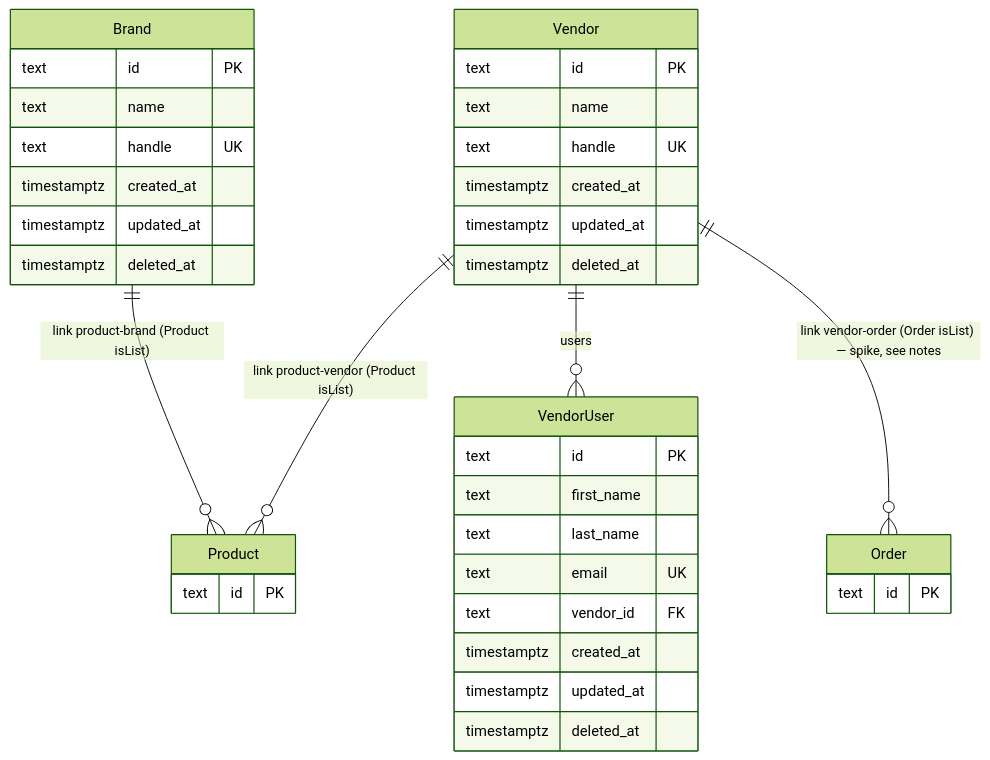
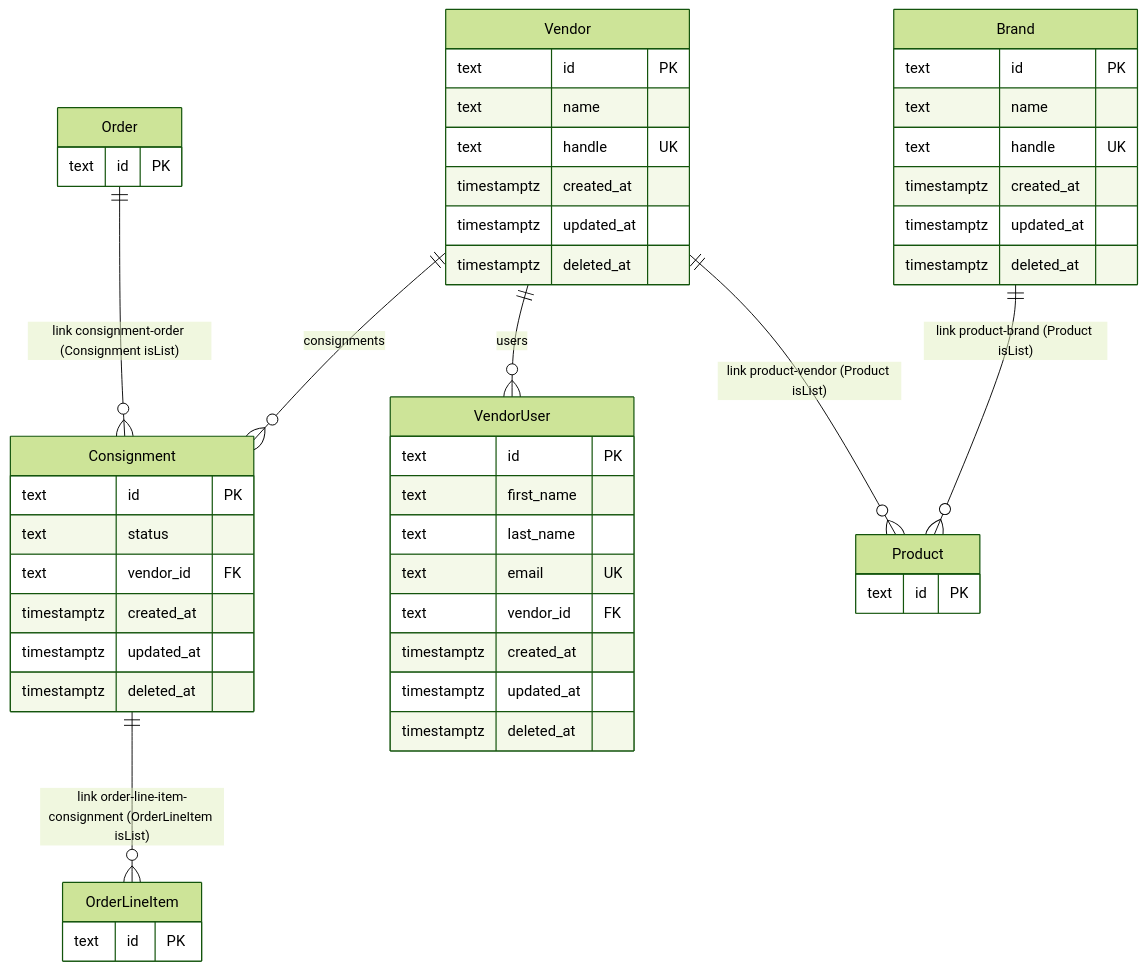
Before and after one commit to yago-flockr/medusa-poc: the diagram in apps/backend/docs/ER_MODEL.md, drawn with Mermaid (forest theme). The commit also changed other lines of this file and 48 other files, not shown here.

First line of the commit message:
feat: implement multi-vendor shipping profiles and consignment workflows

````diff
--- a/apps/backend/docs/ER_MODEL.md
+++ b/apps/backend/docs/ER_MODEL.md
@@ -20,45 +20,60 @@
 ```mermaid
 erDiagram
   Brand {
     text id PK
     text name
     text handle UK
     timestamptz created_at
     timestamptz updated_at
     timestamptz deleted_at
   }
 
   Vendor {
     text id PK
     text name
     text handle UK
     timestamptz created_at
     timestamptz updated_at
     timestamptz deleted_at
   }
 
   VendorUser {
     text id PK
     text first_name
     text last_name
     text email UK
     text vendor_id FK
     timestamptz created_at
     timestamptz updated_at
     timestamptz deleted_at
   }
 
-  %% Medusa Product / Order (core) — linked, not owned here
+  Consignment {
+    text id PK
+    text status
+    text vendor_id FK
+    timestamptz created_at
+    timestamptz updated_at
+    timestamptz deleted_at
+  }
+
+  %% Medusa Product / Order / OrderLineItem (core) — linked, not owned here
   Product {
     text id PK
   }
 
   Order {
     text id PK
   }
 
+  OrderLineItem {
+    text id PK
+  }
+
   Brand ||--o{ Product : "link product-brand (Product isList)"
   Vendor ||--o{ Product : "link product-vendor (Product isList)"
   Vendor ||--o{ VendorUser : "users"
-  Vendor ||--o{ Order : "link vendor-order (Order isList) — spike, see notes"
+  Vendor ||--o{ Consignment : "consignments"
+  Order ||--o{ Consignment : "link consignment-order (Consignment isList)"
+  Consignment ||--o{ OrderLineItem : "link order-line-item-consignment (OrderLineItem isList)"
 ```
````
